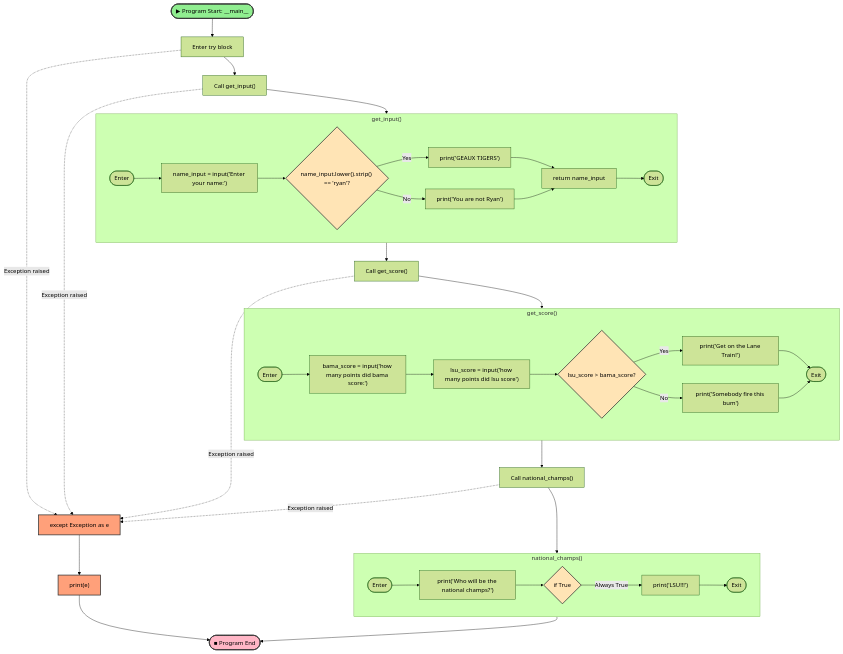
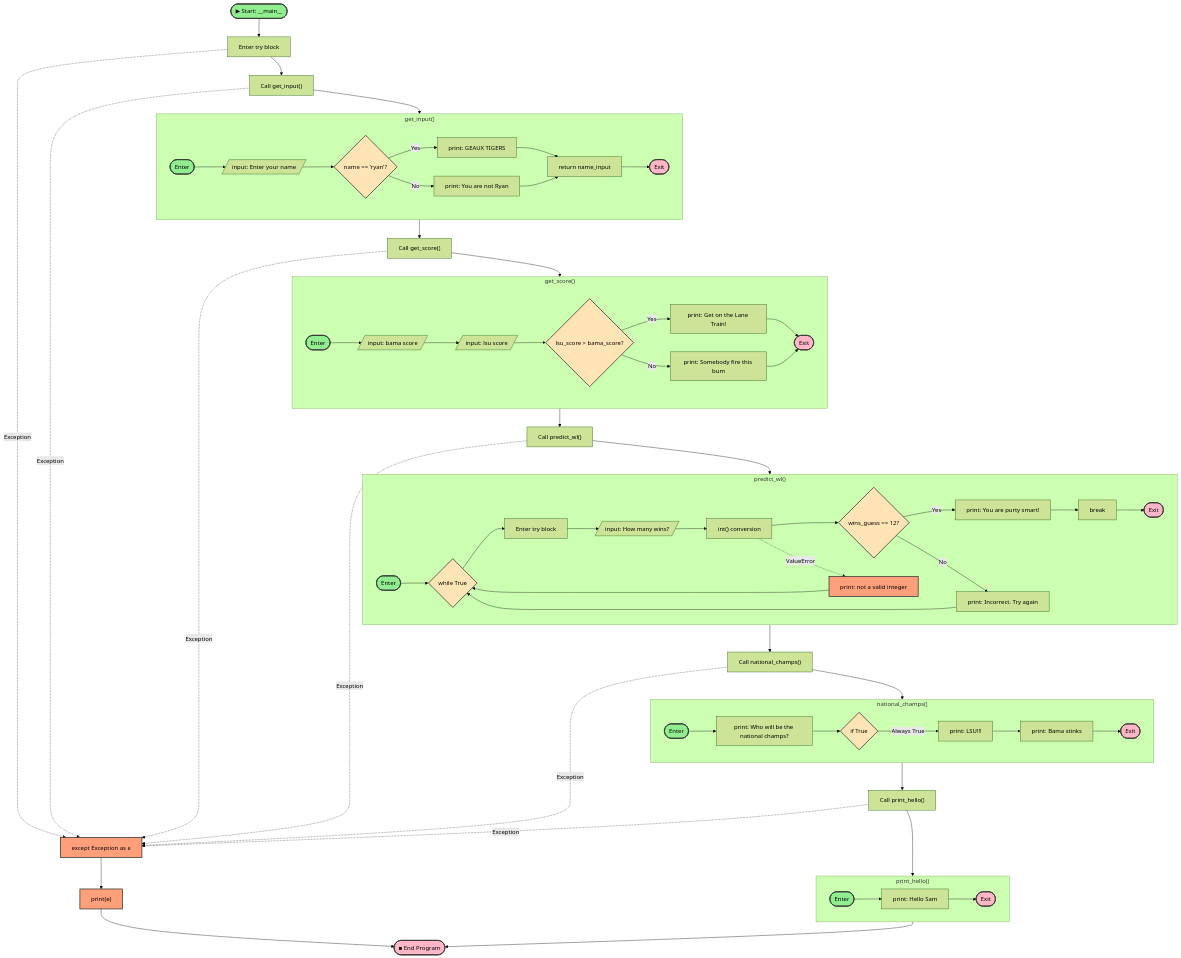
One commit to mching0614/eraser_test changed the diagram in documentation/geaux_tigers_flowchart.md. Above: the diagram before and after it, drawn with Mermaid (forest theme). The commit also changed other lines of this file, not shown here.

Commit message:
Auto-update: Flow diagram for geaux_tigers.py

````diff
--- a/documentation/geaux_tigers_flowchart.md
+++ b/documentation/geaux_tigers_flowchart.md
@@ -52,32 +38,34 @@
 ```mermaid
 flowchart TB
-    classDef startStyle fill:#90EE90,stroke:#333,stroke-width:2px,color:#000
-    classDef endStyle fill:#FFB6C6,stroke:#333,stroke-width:2px,color:#000
-    classDef decisionStyle fill:#FFE4B5,stroke:#333,stroke-width:2px,color:#000
-    classDef exceptionStyle fill:#FFA07A,stroke:#333,stroke-width:2px,color:#000
+    classDef startNode fill:#90EE90,stroke:#333,stroke-width:2px,color:#000
+    classDef endNode fill:#FFB6C6,stroke:#333,stroke-width:2px,color:#000
+    classDef decisionNode fill:#FFE4B5,stroke:#333,stroke-width:2px,color:#000
+    classDef exceptionNode fill:#FFA07A,stroke:#333,stroke-width:2px,color:#000
 
-    Start(["▶ Program Start: __main__"]):::startStyle
-    TryBlock["Enter try block"]
+    Start(["▶ Start: __main__"]):::startNode
+    MainTryStart["Enter try block"]
     CallGetInput["Call get_input()"]
     CallGetScore["Call get_score()"]
+    CallPredictWL["Call predict_wl()"]
     CallNationalChamps["Call national_champs()"]
-    ExceptBlock["except Exception as e"]:::exceptionStyle
-    PrintException["print(e)"]:::exceptionStyle
-    ProgramEnd(["■ Program End"]):::endStyle
+    CallPrintHello["Call print_hello()"]
+    MainExcept["except Exception as e"]:::exceptionNode
+    PrintMainError["print(e)"]:::exceptionNode
+    EndProgram(["■ End Program"]):::endNode
 
-    Start --> TryBlock
-    TryBlock --> CallGetInput
+    Start --> MainTryStart
+    MainTryStart --> CallGetInput
     CallGetInput --> GI_Entry
 
     subgraph get_input_sub ["get_input()"]
         direction LR
-        GI_Entry([Enter]) --> GI_Prompt["name_input = input('Enter your name:')"]
-        GI_Prompt --> GI_Check{"name_input.lower().strip() == 'ryan'?"}:::decisionStyle
-        GI_Check -->|Yes| GI_PrintGeaux["print('GEAUX TIGERS')"]
-        GI_Check -->|No| GI_PrintNot["print('You are not Ryan')"]
-        GI_PrintGeaux --> GI_Return["return name_input"]
-        GI_PrintNot --> GI_Return
-        GI_Return --> GI_Exit([Exit])
+        GI_Entry(["Enter"]):::startNode --> GI_NameInput[/"input: Enter your name"/]
+        GI_NameInput --> GI_Check{"name == 'ryan'?"}:::decisionNode
+        GI_Check -->|Yes| GI_Geaux["print: GEAUX TIGERS"]
+        GI_Check -->|No| GI_NotRyan["print: You are not Ryan"]
+        GI_Geaux --> GI_Return["return name_input"]
+        GI_NotRyan --> GI_Return
+        GI_Return --> GI_Exit(["Exit"]):::endNode
     end
 
     GI_Exit --> CallGetScore
@@ -85,32 +73,63 @@
 
     subgraph get_score_sub ["get_score()"]
         direction LR
-        GS_Entry([Enter]) --> GS_BamaInput["bama_score = input('how many points did bama score:')"]
-        GS_BamaInput --> GS_LSUInput["lsu_score = input('how many points did lsu score')"]
-        GS_LSUInput --> GS_Check{"lsu_score > bama_score?"}:::decisionStyle
-        GS_Check -->|Yes| GS_PrintLane["print('Get on the Lane Train!')"]
-        GS_Check -->|No| GS_PrintFire["print('Somebody fire this bum')"]
-        GS_PrintLane --> GS_Exit([Exit])
-        GS_PrintFire --> GS_Exit
+        GS_Entry(["Enter"]):::startNode --> GS_BamaInput[/"input: bama score"/]
+        GS_BamaInput --> GS_LSUInput[/"input: lsu score"/]
+        GS_LSUInput --> GS_Compare{"lsu_score > bama_score?"}:::decisionNode
+        GS_Compare -->|Yes| GS_LaneTrain["print: Get on the Lane Train!"]
+        GS_Compare -->|No| GS_FireBum["print: Somebody fire this bum"]
+        GS_LaneTrain --> GS_Exit(["Exit"]):::endNode
+        GS_FireBum --> GS_Exit
     end
 
-    GS_Exit --> CallNationalChamps
+    GS_Exit --> CallPredictWL
+    CallPredictWL --> PW_Entry
+
+    subgraph predict_wl_sub ["predict_wl()"]
+        direction LR
+        PW_Entry(["Enter"]):::startNode --> PW_LoopStart{"while True"}:::decisionNode
+        PW_LoopStart --> PW_TryStart["Enter try block"]
+        PW_TryStart --> PW_Input[/"input: How many wins?"/]
+        PW_Input --> PW_IntParse["int() conversion"]
+        PW_IntParse --> PW_CheckVal{"wins_guess == 12?"}:::decisionNode
+        PW_CheckVal -->|Yes| PW_Smart["print: You are purty smart!"]
+        PW_Smart --> PW_Break["break"]
+        PW_Break --> PW_Exit(["Exit"]):::endNode
+        PW_CheckVal -->|No| PW_Incorrect["print: Incorrect. Try again"]
+        PW_Incorrect --> PW_LoopStart
+        PW_IntParse -. "ValueError" .-> PW_ValErr["print: not a valid integer"]:::exceptionNode
+        PW_ValErr --> PW_LoopStart
+    end
+
+    PW_Exit --> CallNationalChamps
     CallNationalChamps --> NC_Entry
 
     subgraph national_champs_sub ["national_champs()"]
         direction LR
-        NC_Entry([Enter]) --> NC_PrintQ["print('Who will be the national champs?')"]
-        NC_PrintQ --> NC_Check{"if True"}:::decisionStyle
-        NC_Check -->|"Always True"| NC_PrintLSU["print('LSU!!!')"]
-        NC_PrintLSU --> NC_Exit([Exit])
+        NC_Entry(["Enter"]):::startNode --> NC_AskWho["print: Who will be the national champs?"]
+        NC_AskWho --> NC_IfTrue{"if True"}:::decisionNode
+        NC_IfTrue -->|"Always True"| NC_LSU["print: LSU!!!"]
+        NC_LSU --> NC_BamaStinks["print: Bama stinks"]
+        NC_BamaStinks --> NC_Exit(["Exit"]):::endNode
     end
 
-    NC_Exit --> ProgramEnd
+    NC_Exit --> CallPrintHello
+    CallPrintHello --> PH_Entry
 
-    TryBlock -.->|"Exception raised"| ExceptBlock
-    CallGetInput -.->|"Exception raised"| ExceptBlock
-    CallGetScore -.->|"Exception raised"| ExceptBlock
-    CallNationalChamps -.->|"Exception raised"| ExceptBlock
-    ExceptBlock --> PrintException
-    PrintException --> ProgramEnd
+    subgraph print_hello_sub ["print_hello()"]
+        direction LR
+        PH_Entry(["Enter"]):::startNode --> PH_Print["print: Hello Sam"]
+        PH_Print --> PH_Exit(["Exit"]):::endNode
+    end
+
+    PH_Exit --> EndProgram
+
+    MainTryStart -. "Exception" .-> MainExcept
+    CallGetInput -. "Exception" .-> MainExcept
+    CallGetScore -. "Exception" .-> MainExcept
+    CallPredictWL -. "Exception" .-> MainExcept
+    CallNationalChamps -. "Exception" .-> MainExcept
+    CallPrintHello -. "Exception" .-> MainExcept
+    MainExcept --> PrintMainError
+    PrintMainError --> EndProgram
 ```
````
